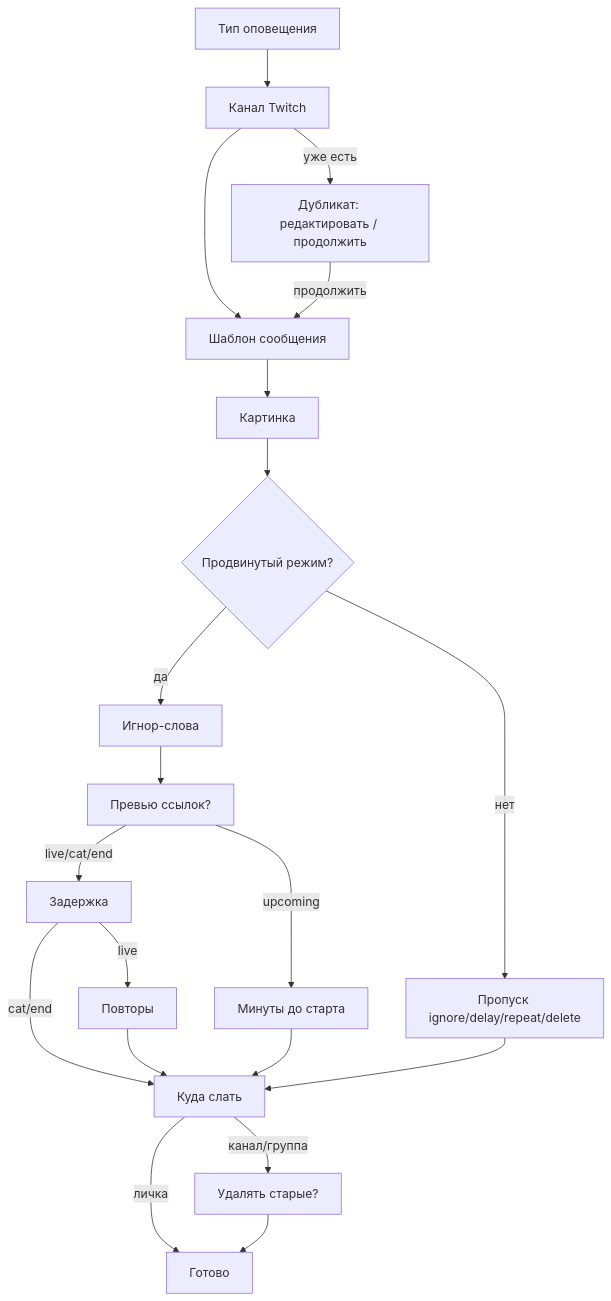
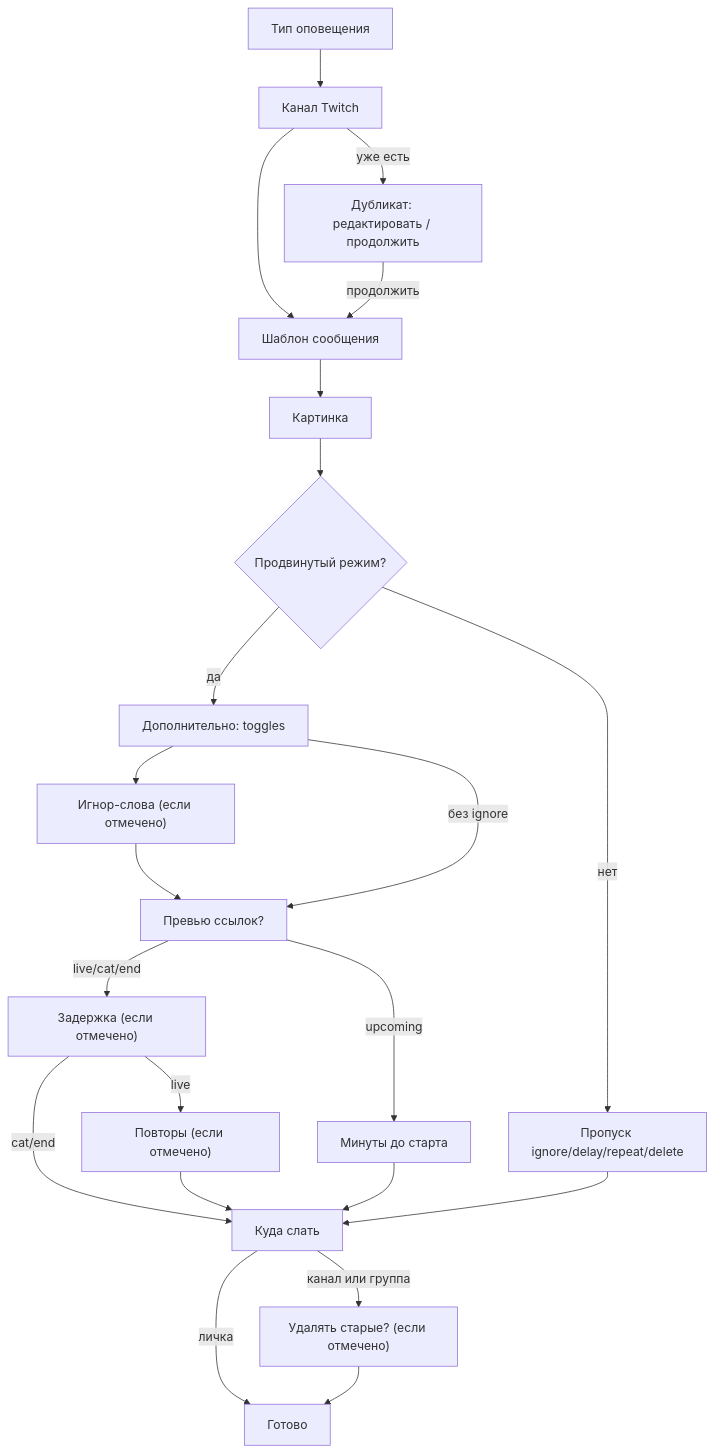
Before and after one commit to Marfa/twitch-telegram-bot: the second of 3 diagrams in docs/user-flow-map.ru.md, drawn with Mermaid. The commit also changed other lines of this file and 30 other files, not shown here.

````diff
--- a/docs/user-flow-map.ru.md
+++ b/docs/user-flow-map.ru.md
@@ -107,22 +107,24 @@
 ```mermaid
 flowchart TD
   AT["Тип оповещения"] --> CH["Канал Twitch"]
   CH -->|уже есть| DUP["Дубликат: редактировать / продолжить"]
   CH --> TPL["Шаблон сообщения"]
   DUP -->|продолжить| TPL
   TPL --> IMG["Картинка"]
   IMG --> ADV{"Продвинутый режим?"}
-  ADV -->|да| IGN["Игнор-слова"]
+  ADV -->|да| OPT["Дополнительно: toggles"]
   ADV -->|нет| SKIP["Пропуск ignore/delay/repeat/delete"]
+  OPT --> IGN["Игнор-слова (если отмечено)"]
   IGN --> LP["Превью ссылок?"]
+  OPT -->|без ignore| LP
   LP -->|upcoming| SRM["Минуты до старта"]
-  LP -->|live/cat/end| DL["Задержка"]
-  DL -->|live| RP["Повторы"]
+  LP -->|live/cat/end| DL["Задержка (если отмечено)"]
+  DL -->|live| RP["Повторы (если отмечено)"]
   DL -->|cat/end| DEST
   RP --> DEST["Куда слать"]
   SRM --> DEST
   SKIP --> DEST
   DEST -->|личка| DONE["Готово"]
-  DEST -->|канал/группа| DEL["Удалять старые?"]
+  DEST -->|канал или группа| DEL["Удалять старые? (если отмечено)"]
   DEL --> DONE
 ```
````
